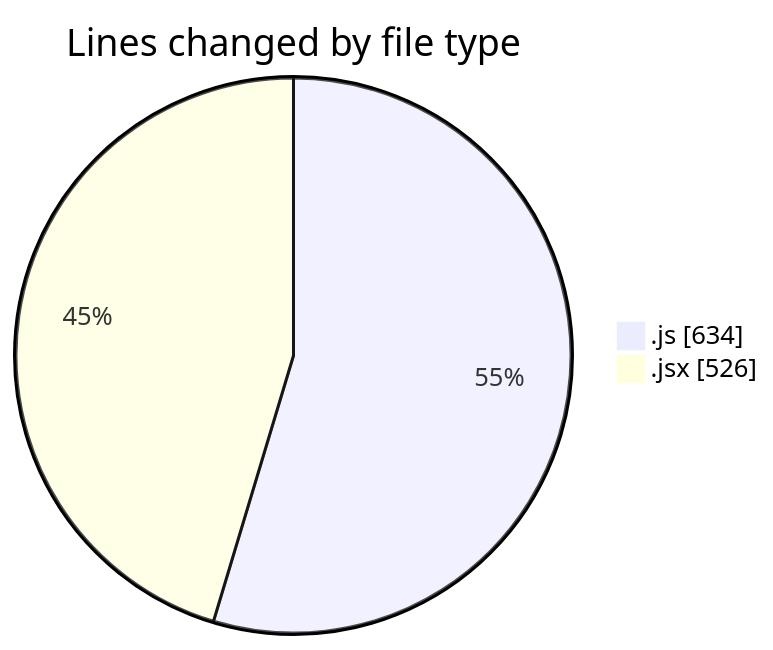
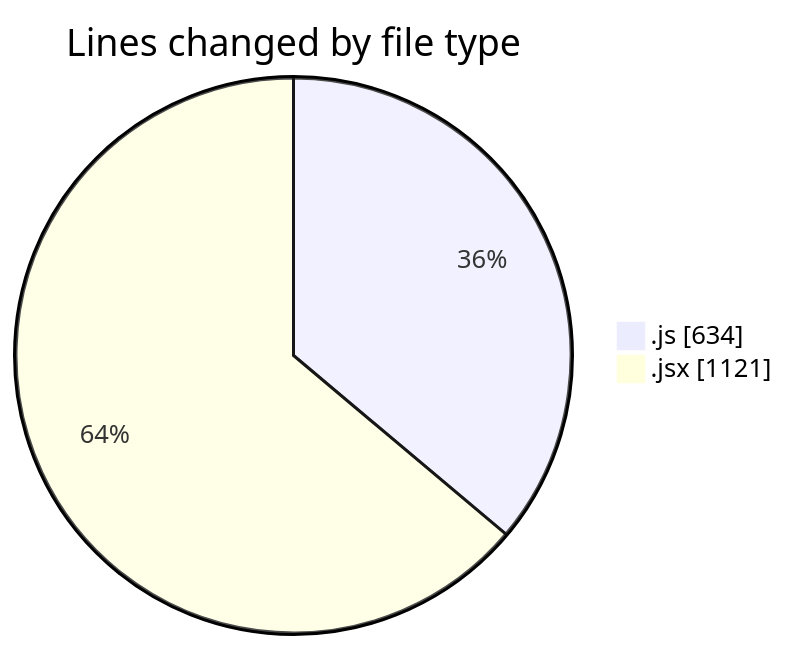
Before and after one commit to nxtqubesakshisongat/code-tracking: the first of 2 diagrams in 2025-07-02/argos/README.md, drawn with Mermaid. The commit also changed other lines of this file and 1 other file, not shown here.

````diff
--- a/2025-07-02/argos/README.md
+++ b/2025-07-02/argos/README.md
@@ -23,6 +24,6 @@
 ```mermaid
 pie showData
 title Lines changed by file type
 ".js" : 634
-".jsx" : 526
+".jsx" : 1121
 ```
````
